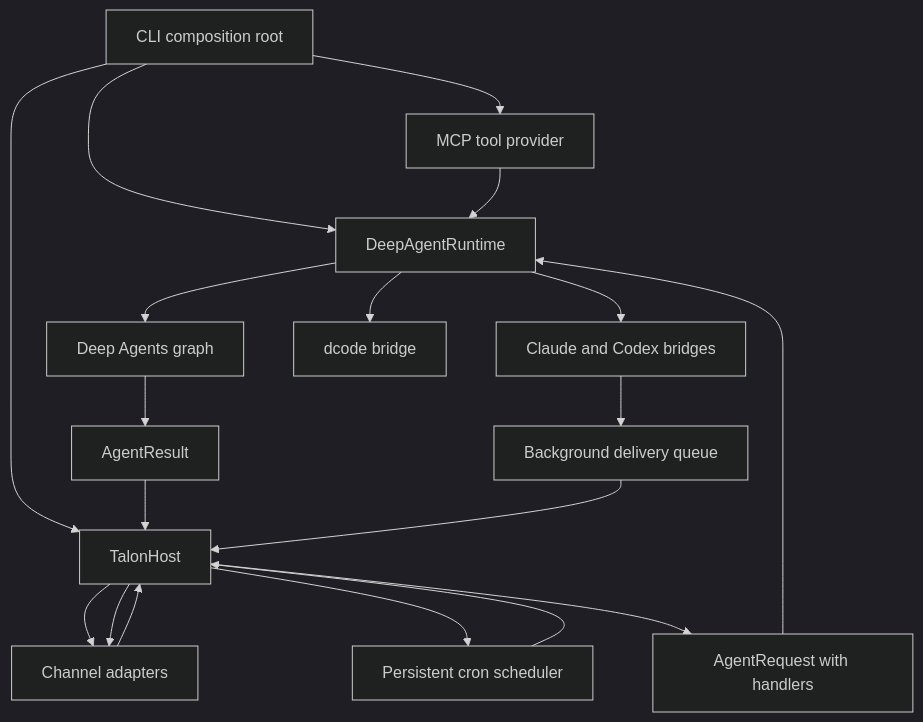
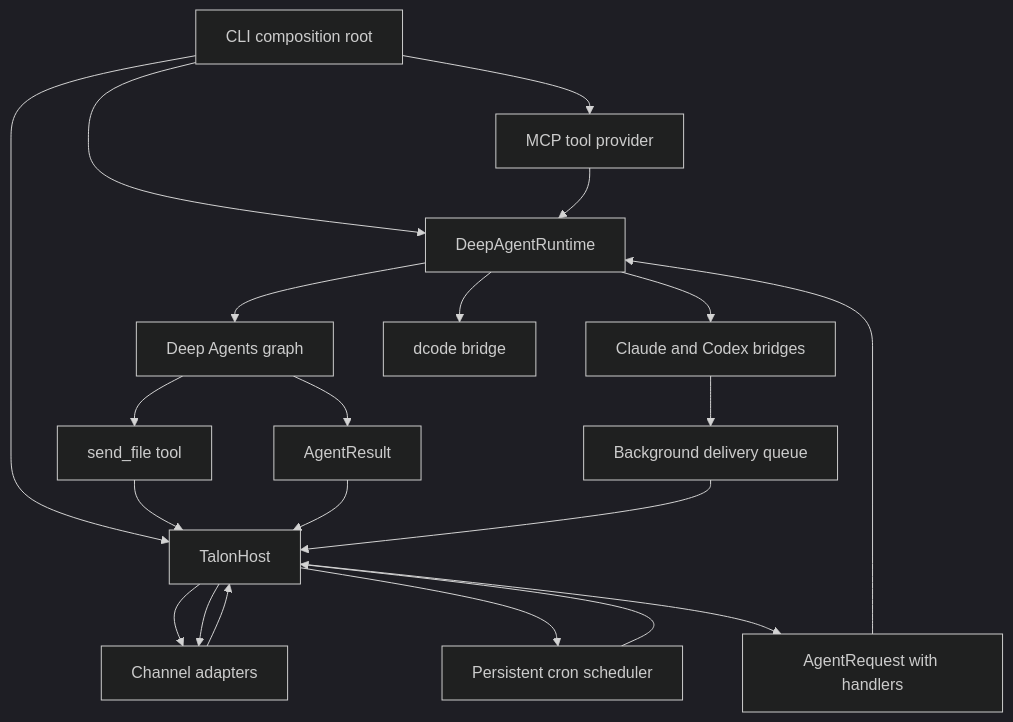
The first of 2 diagrams in openwiki/integrations/talon.md (langchain-ai/deepagents), drawn with Mermaid (dark theme) before and after one commit. The commit also changed other lines of this file and 25 other files, not shown here.

````diff
--- a/openwiki/integrations/talon.md
+++ b/openwiki/integrations/talon.md
@@ -87,21 +45,23 @@
 ```mermaid
 flowchart TD
     CLI["CLI composition root"] --> MCP["MCP tool provider"]
     CLI --> Host["TalonHost"]
     CLI --> Runtime["DeepAgentRuntime"]
     MCP --> Runtime
     Host --> Channel["Channel adapters"]
     Host --> Scheduler["Persistent cron scheduler"]
     Channel --> Host
     Scheduler --> Host
     Host --> Request["AgentRequest with handlers"]
     Request --> Runtime
     Runtime --> Graph["Deep Agents graph"]
     Runtime --> Bridge["Claude and Codex bridges"]
     Bridge --> Delivery["Background delivery queue"]
     Runtime --> Dcode["dcode bridge"]
+    Graph --> FileTool["send_file tool"]
+    FileTool --> Host
     Graph --> Result["AgentResult"]
     Result --> Host
     Delivery --> Host
     Host --> Channel
 ```
````
